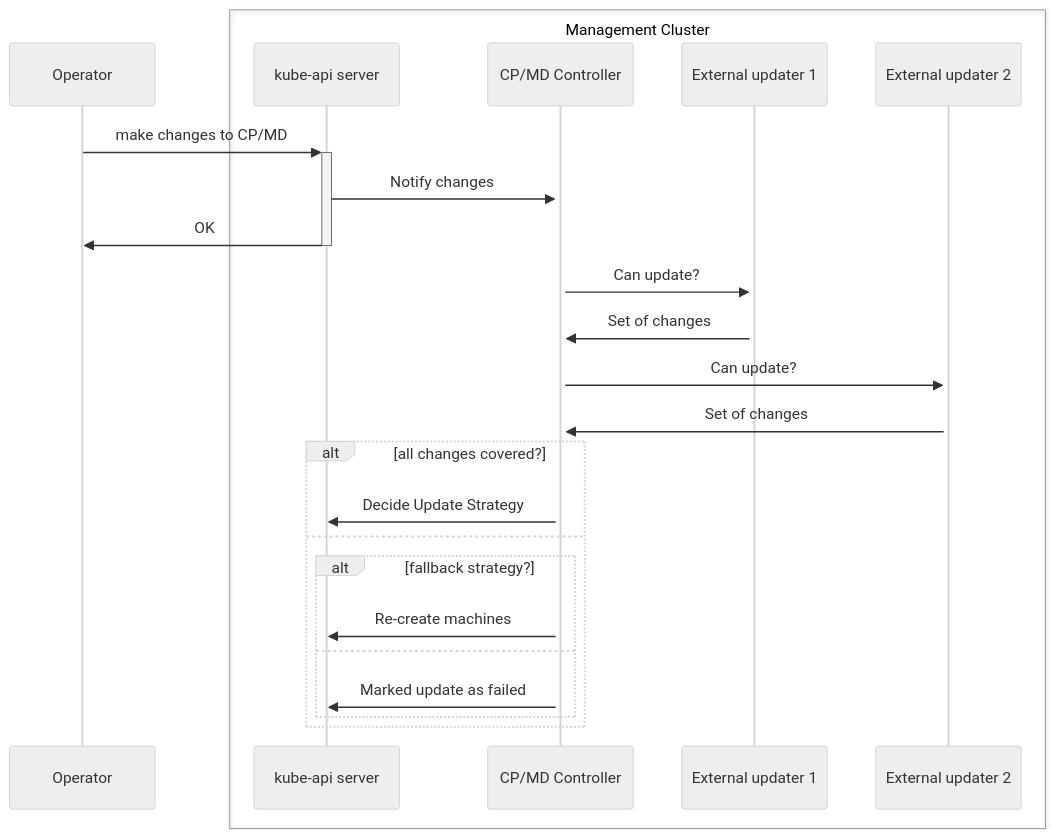
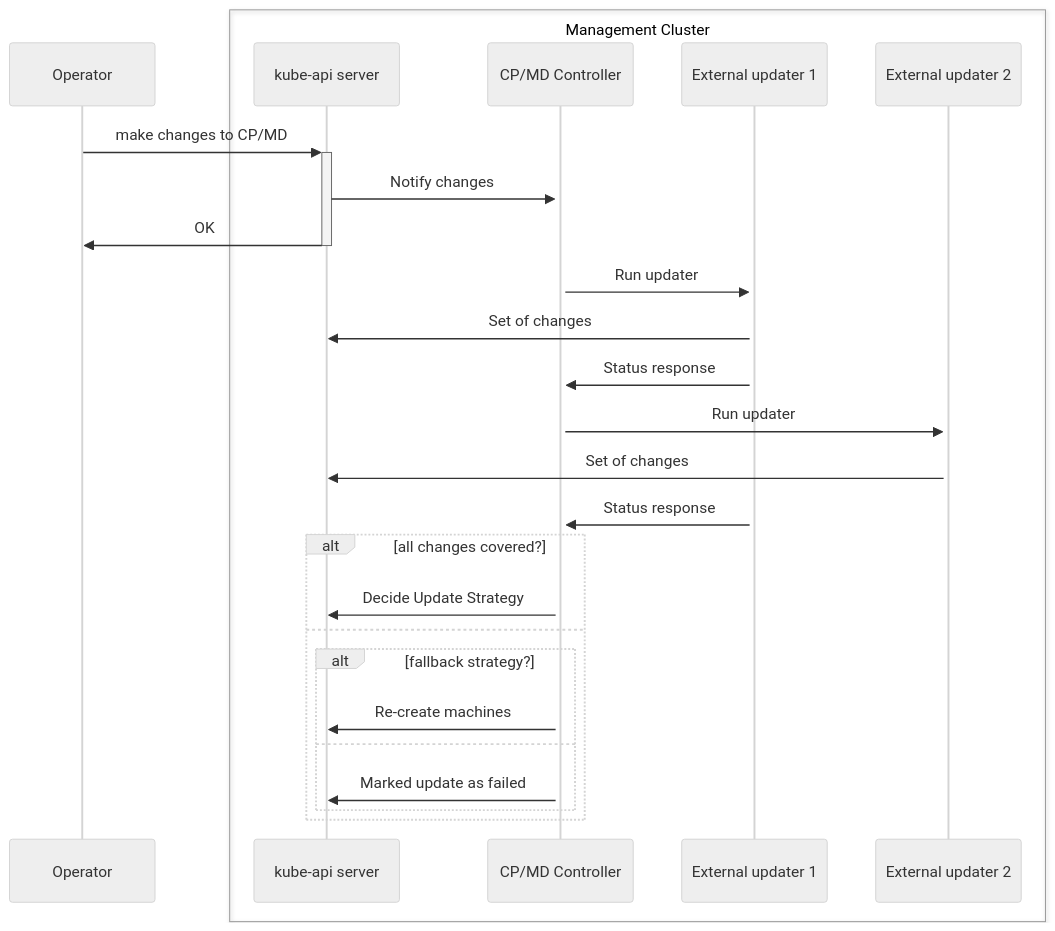
One commit to g-gaston/cluster-api changed the second of 9 diagrams in docs/proposals/20240807-in-place-updates.md. Above: the diagram before and after it, drawn with Mermaid (neutral theme). The commit also changed other lines of this file, not shown here.

Commit message:
Simplify acceptedChanges and planning flow

````diff
--- a/docs/proposals/20240807-in-place-updates.md
+++ b/docs/proposals/20240807-in-place-updates.md
@@ -241,28 +237,30 @@
 ```mermaid
 sequenceDiagram
     participant Operator
 
     box Management Cluster
         participant apiserver as kube-api server
         participant capi as CP/MD Controller
         participant hook as External updater 1
         participant hook2 as External updater 2
     end
 
     Operator->>+apiserver: make changes to CP/MD
     apiserver->>+capi: Notify changes
     apiserver->>-Operator: OK
-    capi->>+hook: Can update?
-    hook->>capi: Set of changes
-    capi->>+hook2: Can update?
-    hook2->>capi: Set of changes
+    capi->>+hook: Run updater
+    hook->>apiserver: Set of changes
+    hook->>capi: Status response
+    capi->>+hook2: Run updater
+    hook2->>apiserver: Set of changes
+    hook->>capi: Status response
     alt all changes covered?
         capi->>apiserver: Decide Update Strategy
     else
         alt fallback strategy?
             capi->>apiserver: Re-create machines
         else
             capi->>apiserver: Marked update as failed
         end
     end
 ```
````
